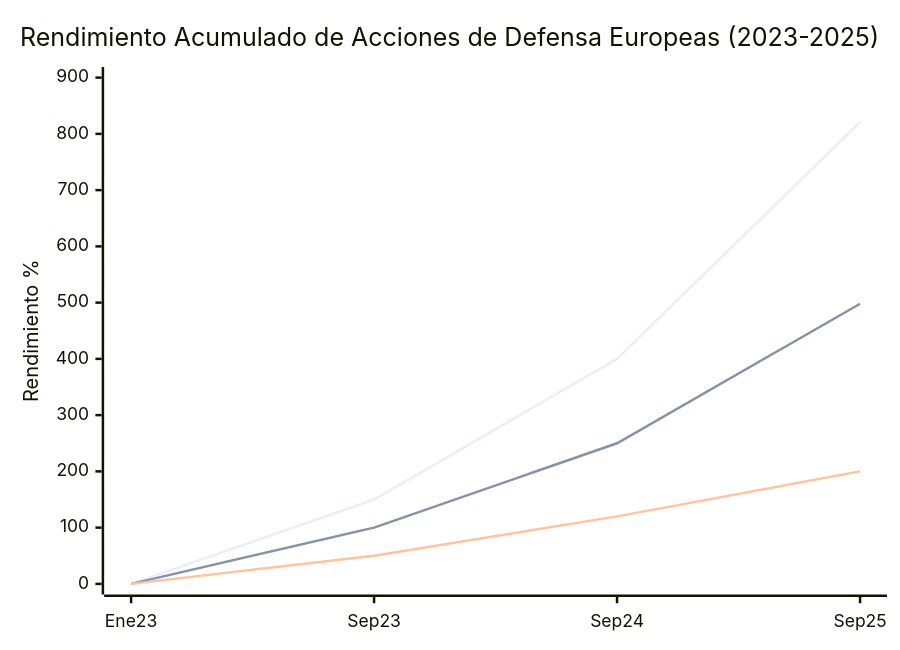
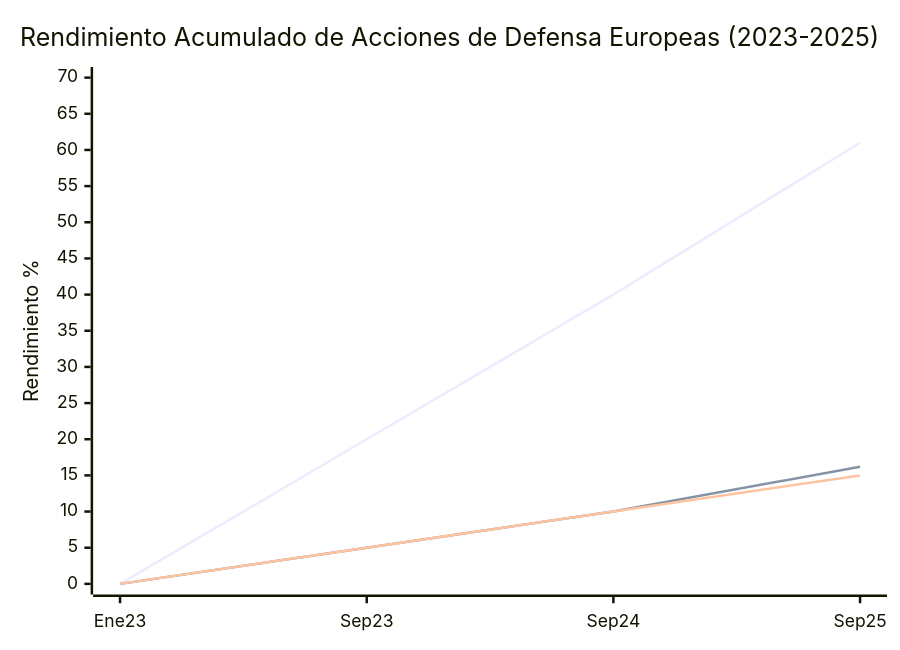
Before and after one commit to perpetuocambio/annotations: diagram 42 of 54 in intel/israel_geopolitical_analysis.md, drawn with Mermaid. The commit also changed other lines of this file, not shown here.

````diff
--- a/intel/israel_geopolitical_analysis.md
+++ b/intel/israel_geopolitical_analysis.md
@@ -1337,9 +1337,9 @@
 ```mermaid
 xychart-beta
     title "Rendimiento Acumulado de Acciones de Defensa Europeas (2023-2025)"
     x-axis [Ene23, Sep23, Sep24, Sep25]
-    y-axis "Rendimiento %" 0 --> 900
-    line [0, 150, 400, 821]
-    line [0, 100, 250, 498]
-    line [0, 50, 120, 200]
+    y-axis "Rendimiento %" 0 --> 70
+    line [0, 20, 40, 61]
+    line [0, 5, 10, 16.2]
+    line [0, 5, 10, 15]
 ```
````
